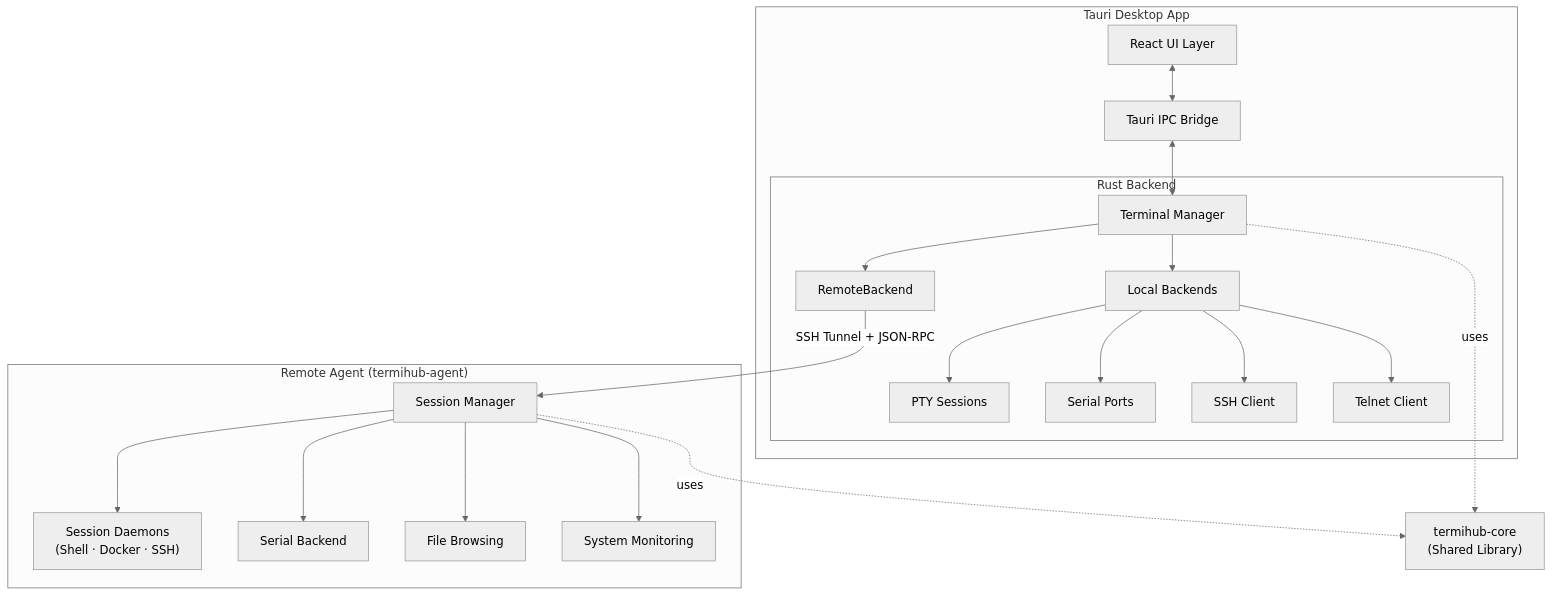
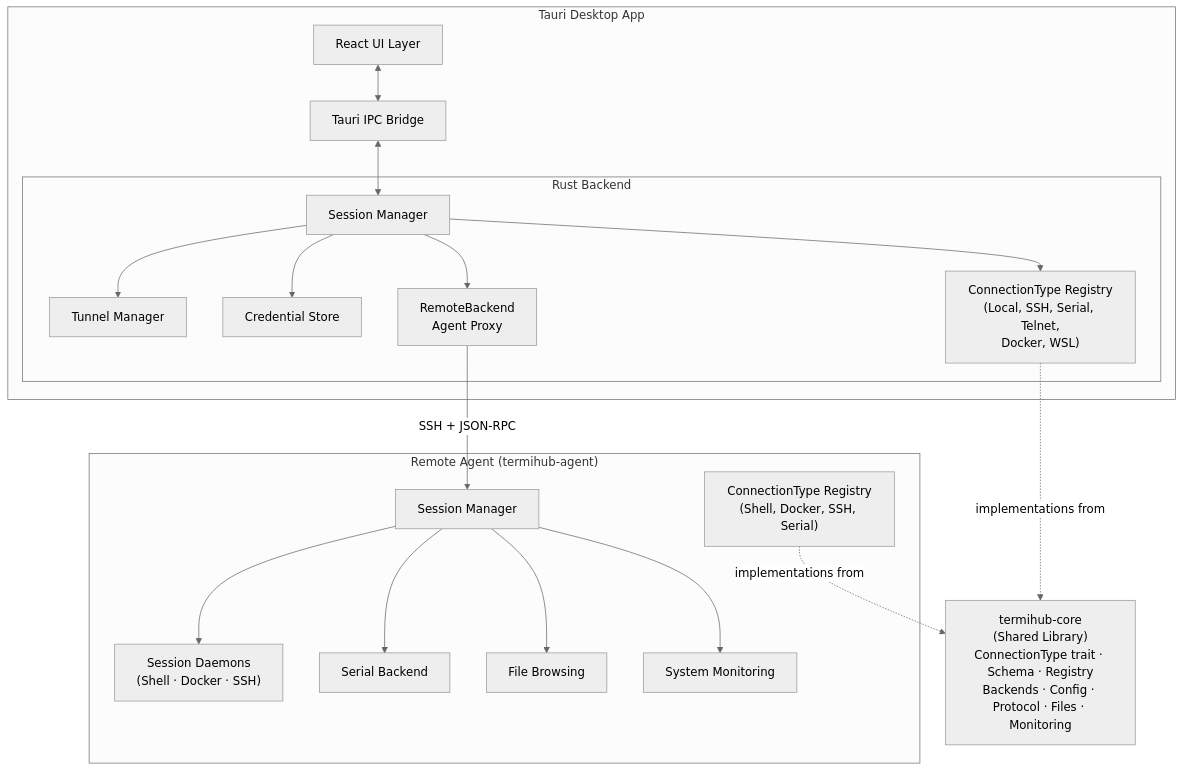
One commit to armaxri/termiHub changed the third of 23 diagrams in docs/architecture.md. Above: the diagram before and after it, drawn with Mermaid (neutral theme). The commit also changed other lines of this file and 1 other file, not shown here.

First line of the commit message:
docs: update architecture.md and README.md for recent major changes

````diff
--- a/docs/architecture.md
+++ b/docs/architecture.md
@@ -188,38 +208,38 @@
 ```mermaid
 graph TB
     subgraph "Tauri Desktop App"
         UI[React UI Layer]
         IPC[Tauri IPC Bridge]
 
         subgraph "Rust Backend"
-            TM[Terminal Manager]
-            LB[Local Backends]
-            RB[RemoteBackend]
-
-            LB --> PTY[PTY Sessions]
-            LB --> SERIAL[Serial Ports]
-            LB --> SSH[SSH Client]
-            LB --> TELNET[Telnet Client]
+            SM_D[Session Manager]
+            TUNNEL[Tunnel Manager]
+            CRED[Credential Store]
+            REG_D["ConnectionType Registry<br/>(Local, SSH, Serial, Telnet,<br/>Docker, WSL)"]
+            RB[RemoteBackend<br/>Agent Proxy]
         end
     end
 
-    CORE["termihub-core<br/>(Shared Library)"]
+    CORE["termihub-core<br/>(Shared Library)<br/>ConnectionType trait · Schema · Registry<br/>Backends · Config · Protocol · Files · Monitoring"]
 
     subgraph "Remote Agent (termihub-agent)"
-        SM[Session Manager]
-        SM --> DAEMONS["Session Daemons<br/>(Shell · Docker · SSH)"]
-        SM --> SERIAL_B[Serial Backend]
-        SM --> FILES[File Browsing]
-        SM --> MON[System Monitoring]
+        SM_A[Session Manager]
+        REG_A["ConnectionType Registry<br/>(Shell, Docker, SSH, Serial)"]
+        SM_A --> DAEMONS["Session Daemons<br/>(Shell · Docker · SSH)"]
+        SM_A --> SERIAL_B[Serial Backend]
+        SM_A --> FILES[File Browsing]
+        SM_A --> MON[System Monitoring]
     end
 
     UI <--> IPC
-    IPC <--> TM
-    TM --> LB
-    TM --> RB
+    IPC <--> SM_D
+    SM_D --> REG_D
+    SM_D --> RB
+    SM_D --> TUNNEL
+    SM_D --> CRED
 
-    RB -->|SSH Tunnel + JSON-RPC| SM
+    RB -->|SSH + JSON-RPC| SM_A
 
-    TM -.->|uses| CORE
-    SM -.->|uses| CORE
+    REG_D -.->|implementations from| CORE
+    REG_A -.->|implementations from| CORE
 ```
````
